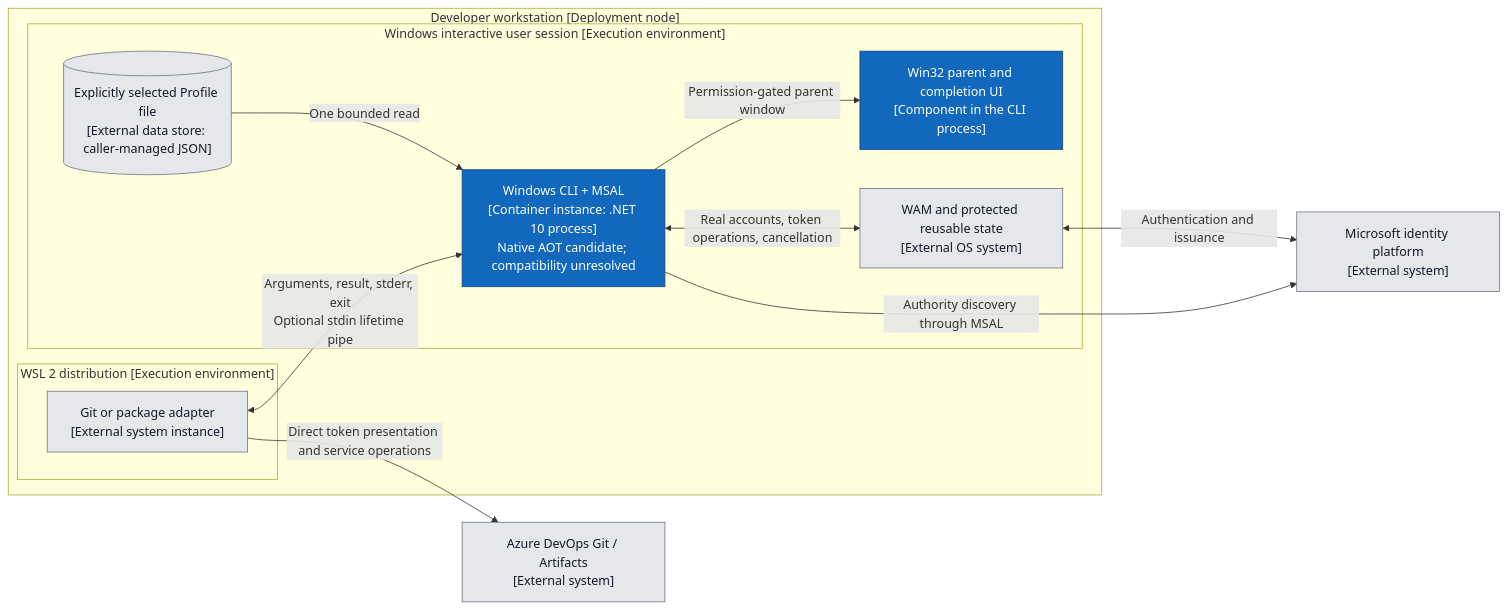
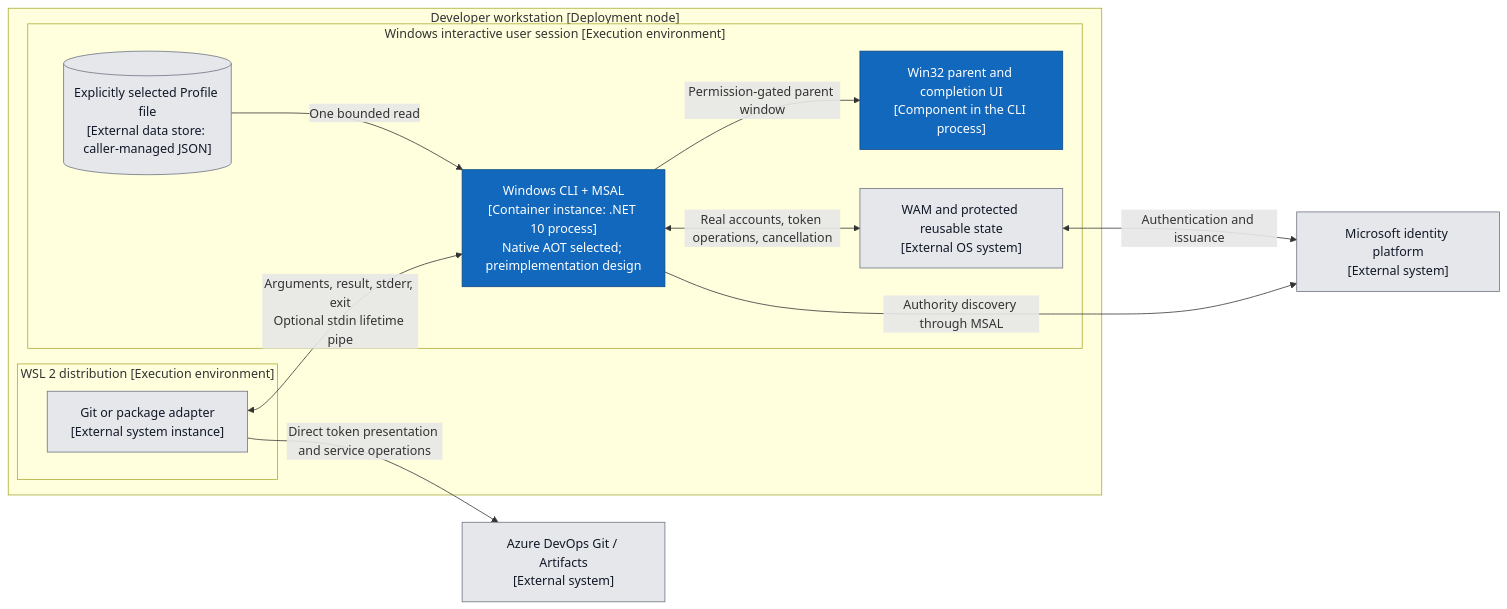
Before and after one commit to hcoona/microsoft-authentication-cli: the first of 4 diagrams in docs/designs/windows-ado-authentication.md, drawn with Mermaid. The commit also changed other lines of this file and 6 other files, not shown here.

First line of the commit message:
docs: select Windows Native AOT publishing

````diff
--- a/docs/designs/windows-ado-authentication.md
+++ b/docs/designs/windows-ado-authentication.md
@@ -162,27 +130,27 @@
 ```mermaid
 flowchart LR
     subgraph workstation["Developer workstation [Deployment node]"]
         subgraph wsl["WSL 2 distribution [Execution environment]"]
             caller["Git or package adapter<br/>[External system instance]"]
         end
         subgraph windows["Windows interactive user session [Execution environment]"]
-            cli["Windows CLI + MSAL<br/>[Container instance: .NET 10 process]<br/>Native AOT candidate; compatibility unresolved"]
+            cli["Windows CLI + MSAL<br/>[Container instance: .NET 10 process]<br/>Native AOT selected; preimplementation design"]
             profile[("Explicitly selected Profile file<br/>[External data store: caller-managed JSON]")]
             ui["Win32 parent and completion UI<br/>[Component in the CLI process]"]
             wam["WAM and protected reusable state<br/>[External OS system]"]
         end
     end
     identity["Microsoft identity platform<br/>[External system]"]
     resource["Azure DevOps Git / Artifacts<br/>[External system]"]
     caller <-->|Arguments, result, stderr, exit<br/>Optional stdin lifetime pipe| cli
     profile -->|One bounded read| cli
     cli -->|Permission-gated parent window| ui
     cli <-->|Real accounts, token operations, cancellation| wam
     wam <-->|Authentication and issuance| identity
     cli -->|Authority discovery through MSAL| identity
     caller -->|Direct token presentation and service operations| resource
     classDef owned fill:#1168bd,color:#fff,stroke:#0b4884
     classDef external fill:#e5e7eb,color:#111827,stroke:#6b7280
     class cli,ui owned
     class caller,profile,wam,identity,resource external
 ```
````
